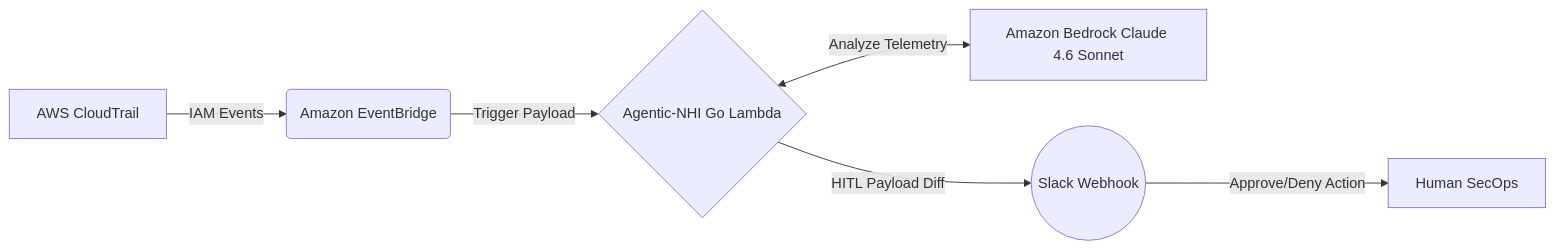
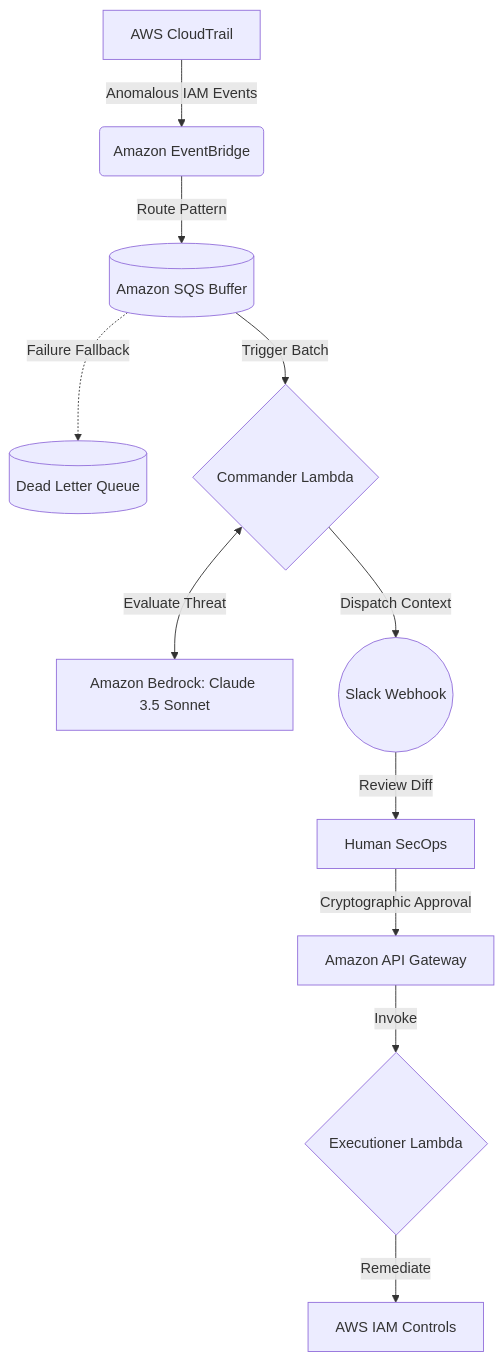
One commit to Yusomii/Agentic-NHI changed the diagram in README.md. Above: the diagram before and after it, drawn with Mermaid.

````diff
--- a/README.md
+++ b/README.md
@@ -7,8 +7,20 @@
 ```mermaid
-graph LR
-    A[AWS CloudTrail] -->|IAM Events| B(Amazon EventBridge)
-    B -->|Trigger Payload| C{Agentic-NHI Go Lambda}
-    C <-->|Analyze Telemetry| D[Amazon Bedrock Claude 4.6 Sonnet]
-    C -->|HITL Payload Diff| E((Slack Webhook))
-    E -->|Approve/Deny Action| F[Human SecOps]
+graph TD
+    %% Ingestion & Decoupling Layer
+    A[AWS CloudTrail] -->|Anomalous IAM Events| B(Amazon EventBridge)
+    B -->|Route Pattern| C[(Amazon SQS Buffer)]
+    C -.->|Failure Fallback| DLQ[(Dead Letter Queue)]
+
+    %% Analysis Plane (Least Privilege: Read Only)
+    C -->|Trigger Batch| D{Commander Lambda}
+    D <-->|Evaluate Threat| E[Amazon Bedrock: Claude 3.5 Sonnet]
+    D -->|Dispatch Context| F((Slack Webhook))
+
+    %% Human-in-the-Loop
+    F -->|Review Diff| G[Human SecOps]
+
+    %% Execution Plane (Isolated Blast Radius)
+    G -->|Cryptographic Approval| H[Amazon API Gateway]
+    H -->|Invoke| I{Executioner Lambda}
+    I -->|Remediate| J[AWS IAM Controls]
 ```
````
